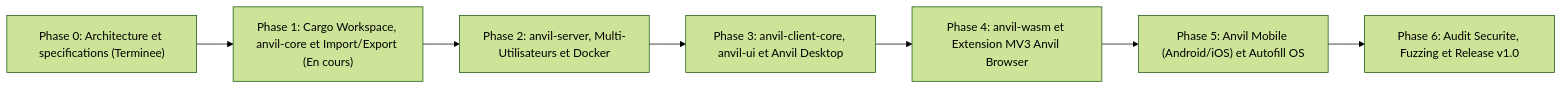
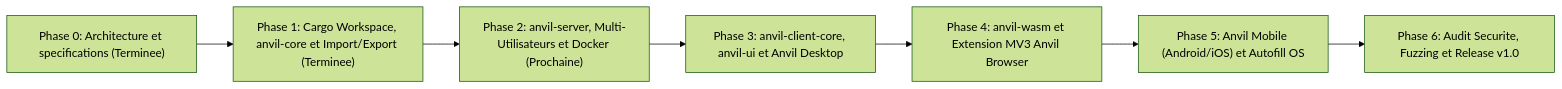
Before and after one commit to Viectra/anvil: the diagram in docs/ROADMAP.md, drawn with Mermaid (forest theme). The commit also changed other lines of this file and 16 other files, not shown here.

Commit message:
update: added fuzzy search, domain matcher, and import/export pipelines #4

````diff
--- a/docs/ROADMAP.md
+++ b/docs/ROADMAP.md
@@ -31,12 +31,12 @@
 ```mermaid
 flowchart LR
     P0["Phase 0: Architecture et specifications (Terminee)"]
-    P1["Phase 1: Cargo Workspace, anvil-core et Import/Export (En cours)"]
-    P2["Phase 2: anvil-server, Multi-Utilisateurs et Docker"]
+    P1["Phase 1: Cargo Workspace, anvil-core et Import/Export (Terminee)"]
+    P2["Phase 2: anvil-server, Multi-Utilisateurs et Docker (Prochaine)"]
     P3["Phase 3: anvil-client-core, anvil-ui et Anvil Desktop"]
     P4["Phase 4: anvil-wasm et Extension MV3 Anvil Browser"]
     P5["Phase 5: Anvil Mobile (Android/iOS) et Autofill OS"]
     P6["Phase 6: Audit Securite, Fuzzing et Release v1.0"]
 
     P0 --> P1 --> P2 --> P3 --> P4 --> P5 --> P6
 ```
````
